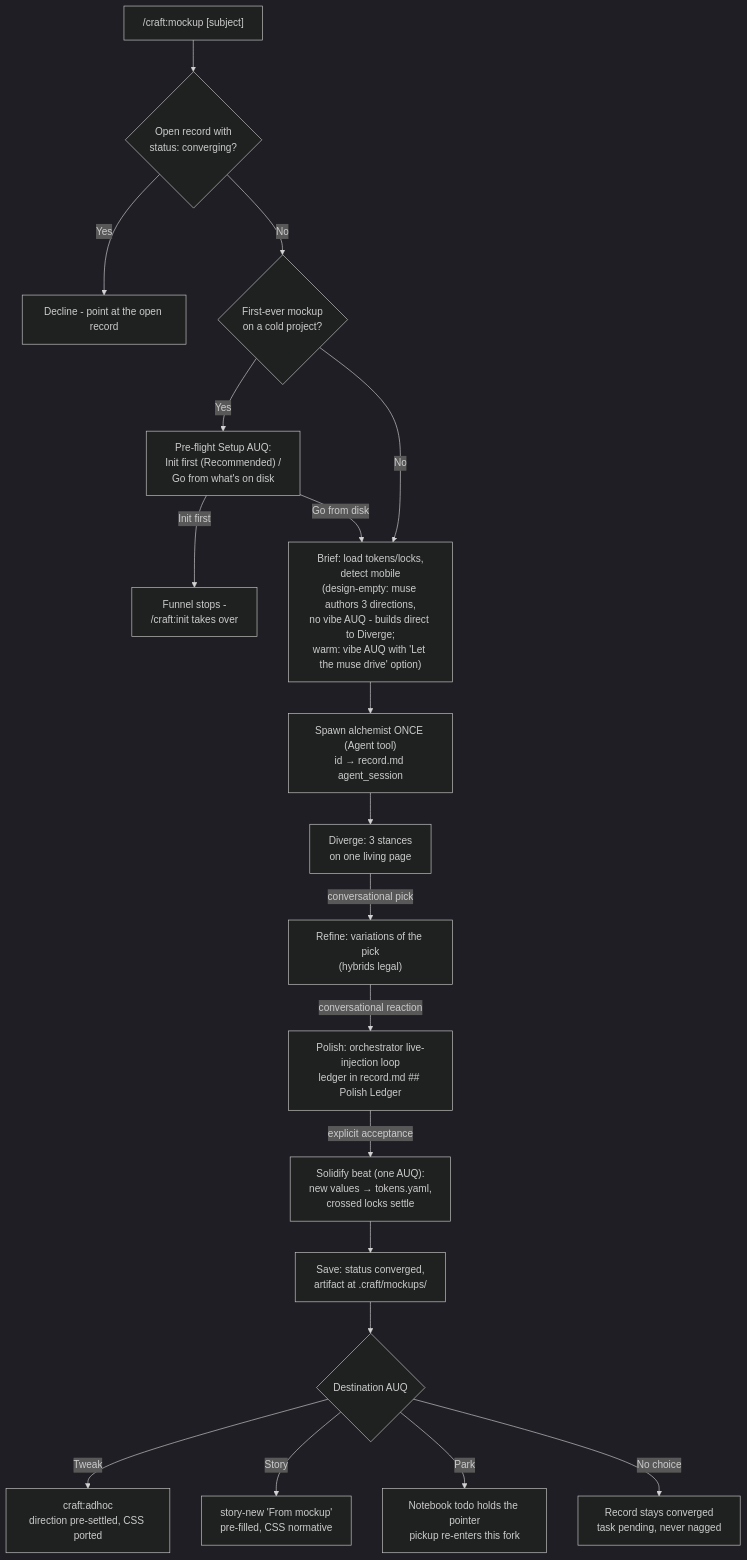
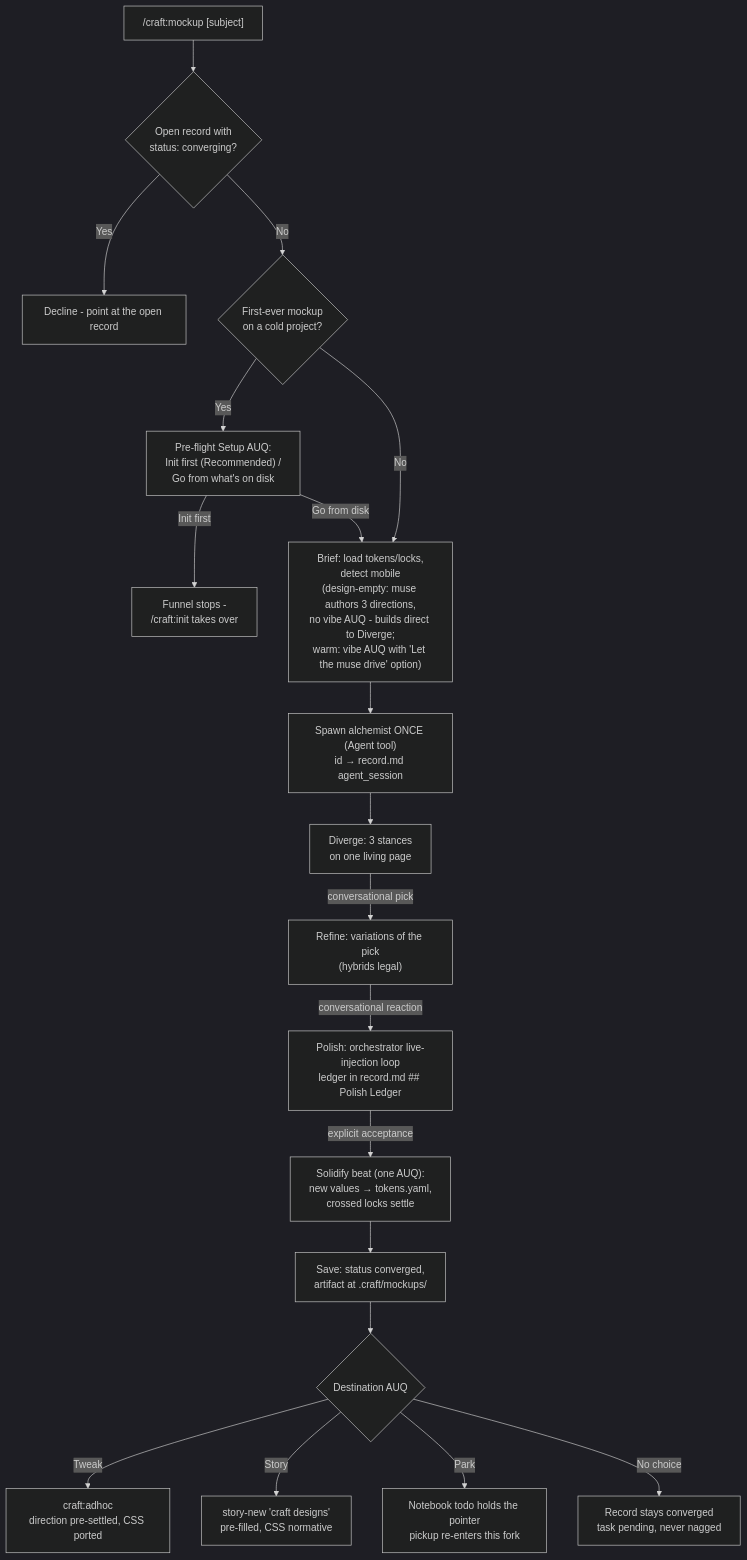
One commit to agent-memory-atlas-archive/drobins25--craft changed the ninth of 15 diagrams in docs/decision-tree.md. Above: the diagram before and after it, drawn with Mermaid. The commit also changed other lines of this file and 9 other files, not shown here.

````diff
--- a/docs/decision-tree.md
+++ b/docs/decision-tree.md
@@ -486,25 +491,25 @@
 ```mermaid
 %%{init: {'theme': 'dark'}}%%
 flowchart TD
     MOCKUP["/craft:mockup [subject]"] --> GUARD{"Open record with<br/>status: converging?"}
     GUARD -->|Yes| DECLINE["Decline - point at the open record"]
     GUARD -->|No| PREFLIGHT{"First-ever mockup<br/>on a cold project?"}
     PREFLIGHT -->|Yes| SETUPQ["Pre-flight Setup AUQ:<br/>Init first (Recommended) /<br/>Go from what's on disk"]
     SETUPQ -->|"Init first"| TOINIT["Funnel stops -<br/>/craft:init takes over"]
     SETUPQ -->|"Go from disk"| BRIEF
     PREFLIGHT -->|No| BRIEF["Brief: load tokens/locks,<br/>detect mobile<br/>(design-empty: muse authors 3 directions,<br/>no vibe AUQ - builds direct to Diverge;<br/>warm: vibe AUQ with 'Let the muse drive' option)"]
 
     BRIEF --> SPAWN["Spawn alchemist ONCE (Agent tool)<br/>id → record.md agent_session"]
     SPAWN --> DIVERGE["Diverge: 3 stances<br/>on one living page"]
     DIVERGE -->|"conversational pick"| REFINE["Refine: variations of the pick<br/>(hybrids legal)"]
     REFINE -->|"conversational reaction"| POLISH["Polish: orchestrator live-injection loop<br/>ledger in record.md ## Polish Ledger"]
 
     POLISH -->|"explicit acceptance"| SOLIDIFY["Solidify beat (one AUQ):<br/>new values → tokens.yaml,<br/>crossed locks settle"]
     SOLIDIFY --> SAVE["Save: status converged,<br/>artifact at .craft/mockups/"]
     SAVE --> DEST{"Destination AUQ"}
 
     DEST -->|"Tweak"| TWEAK["craft:adhoc<br/>direction pre-settled, CSS ported"]
-    DEST -->|"Story"| STORY["story-new 'From mockup'<br/>pre-filled, CSS normative"]
+    DEST -->|"Story"| STORY["story-new 'craft designs'<br/>pre-filled, CSS normative"]
     DEST -->|"Park"| PARK["Notebook todo holds the pointer<br/>pickup re-enters this fork"]
     DEST -->|"No choice"| OPEN["Record stays converged<br/>task pending, never nagged"]
 ```
````
